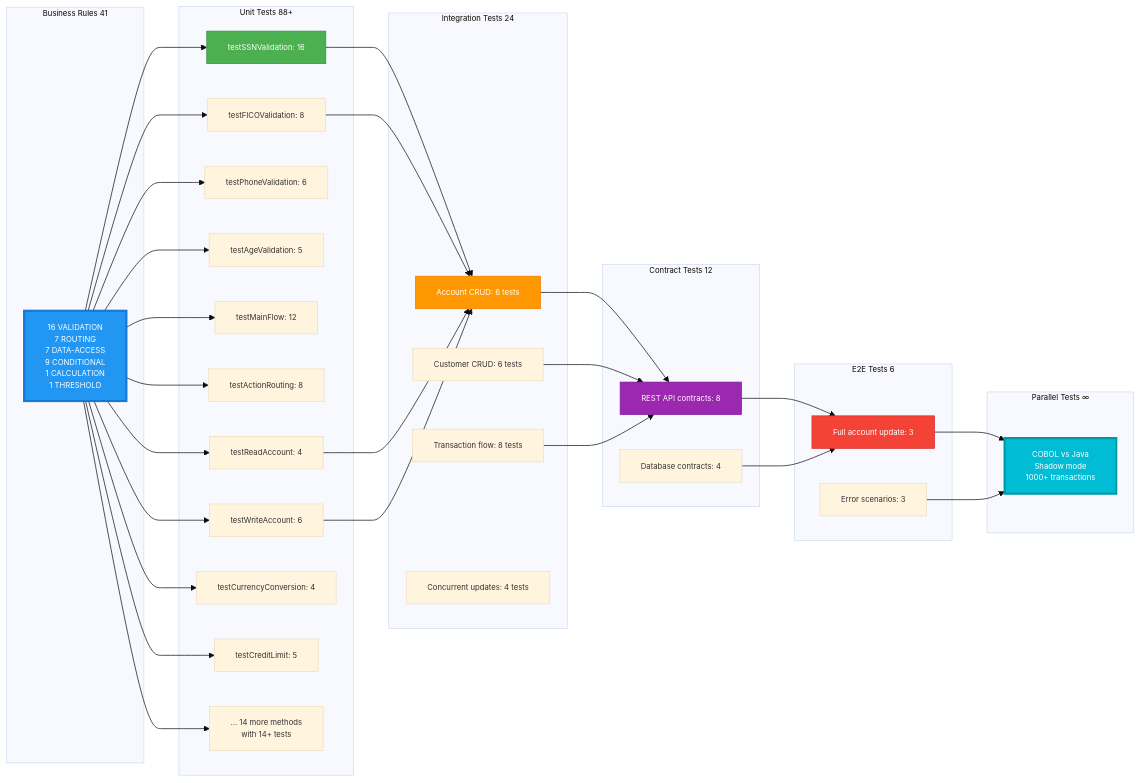
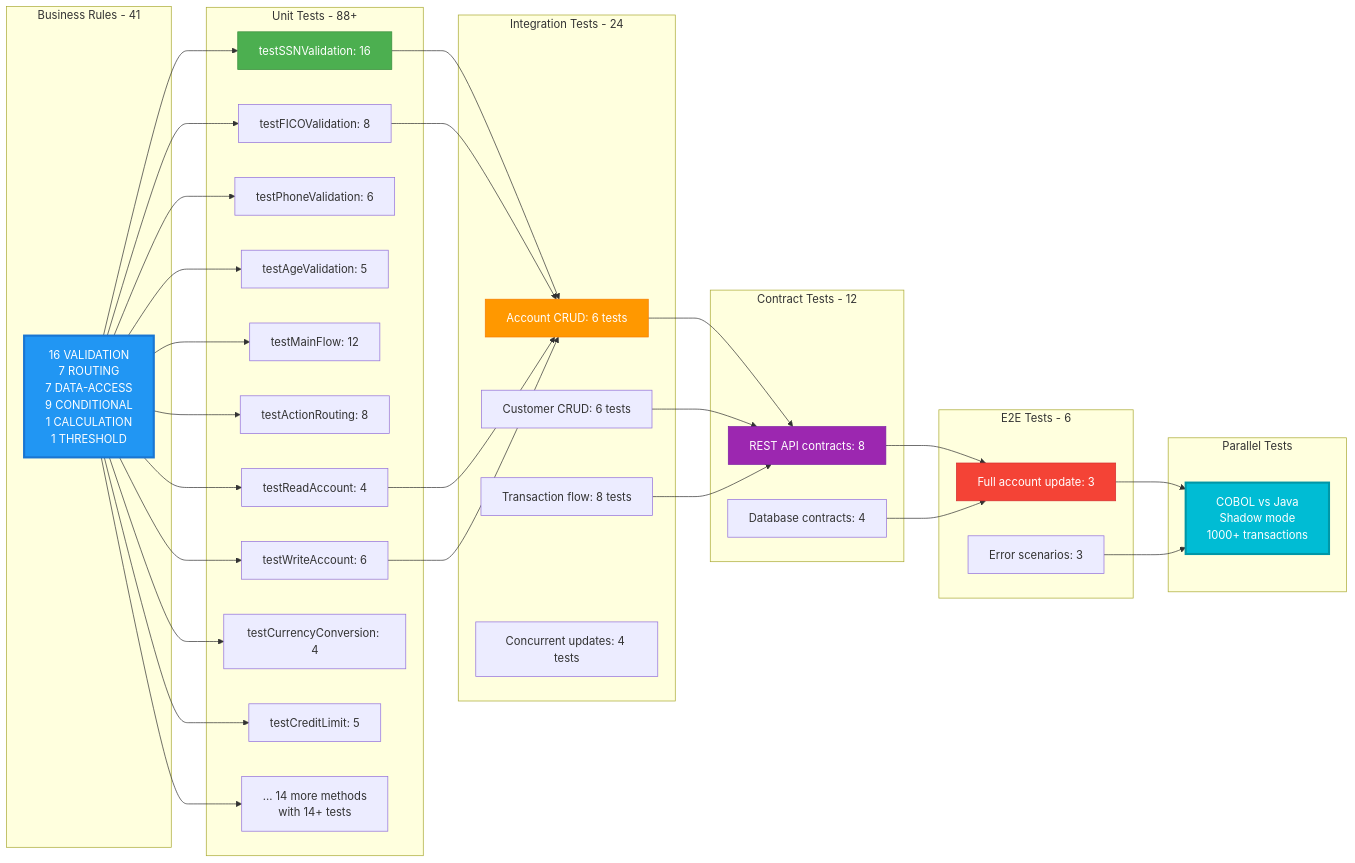
Before and after one commit to vin082/LegacyCobolInsightsusingCustomAgents: the sixth of 7 diagrams in docs/diagrams/BUSINESS-RULE-TRACEABILITY-DIAGRAM.md, drawn with Mermaid. The commit also changed other lines of this file, not shown here.

Commit message:
Fix Mermaid syntax errors in traceability diagrams - properly quote all labels and subgraphs for GitHub rendering

````diff
--- a/docs/diagrams/BUSINESS-RULE-TRACEABILITY-DIAGRAM.md
+++ b/docs/diagrams/BUSINESS-RULE-TRACEABILITY-DIAGRAM.md
@@ -423,76 +408,75 @@
 ```mermaid
-%%{init: {'theme':'base', 'themeVariables': { 'fontSize':'11px'}}}%%
 graph LR
-    subgraph "Business Rules 41"
+    subgraph BUS_RULES["Business Rules - 41"]
         BR[16 VALIDATION<br/>7 ROUTING<br/>7 DATA-ACCESS<br/>9 CONDITIONAL<br/>1 CALCULATION<br/>1 THRESHOLD]
     end
     
-    subgraph "Unit Tests 88+"
-        UT1[testSSNValidation: 16]
-        UT2[testFICOValidation: 8]
-        UT3[testPhoneValidation: 6]
-        UT4[testAgeValidation: 5]
-        UT5[testMainFlow: 12]
-        UT6[testActionRouting: 8]
-        UT7[testReadAccount: 4]
-        UT8[testWriteAccount: 6]
-        UT9[testCurrencyConversion: 4]
-        UT10[testCreditLimit: 5]
-        UT11[... 14 more methods<br/>with 14+ tests]
+    subgraph UNIT_TESTS["Unit Tests - 88+"]
+        UT1["testSSNValidation: 16"]
+        UT2["testFICOValidation: 8"]
+        UT3["testPhoneValidation: 6"]
+        UT4["testAgeValidation: 5"]
+        UT5["testMainFlow: 12"]
+        UT6["testActionRouting: 8"]
+        UT7["testReadAccount: 4"]
+        UT8["testWriteAccount: 6"]
+        UT9["testCurrencyConversion: 4"]
+        UT10["testCreditLimit: 5"]
+        UT11["... 14 more methods<br/>with 14+ tests"]
     end
     
-    subgraph "Integration Tests 24"
-        IT1[Account CRUD: 6 tests]
-        IT2[Customer CRUD: 6 tests]
-        IT3[Transaction flow: 8 tests]
-        IT4[Concurrent updates: 4 tests]
+    subgraph INTEGRATION["Integration Tests - 24"]
+        IT1["Account CRUD: 6 tests"]
+        IT2["Customer CRUD: 6 tests"]
+        IT3["Transaction flow: 8 tests"]
+        IT4["Concurrent updates: 4 tests"]
     end
     
-    subgraph "Contract Tests 12"
-        CT1[REST API contracts: 8]
-        CT2[Database contracts: 4]
+    subgraph CONTRACT["Contract Tests - 12"]
+        CT1["REST API contracts: 8"]
+        CT2["Database contracts: 4"]
     end
     
-    subgraph "E2E Tests 6"
-        E2E1[Full account update: 3]
-        E2E2[Error scenarios: 3]
+    subgraph E2E["E2E Tests - 6"]
+        E2E1["Full account update: 3"]
+        E2E2["Error scenarios: 3"]
     end
     
-    subgraph "Parallel Tests ∞"
-        PT1[COBOL vs Java<br/>Shadow mode<br/>1000+ transactions]
+    subgraph PARALLEL["Parallel Tests"]
+        PT1["COBOL vs Java<br/>Shadow mode<br/>1000+ transactions"]
     end
     
     BR --> UT1
     BR --> UT2
     BR --> UT3
     BR --> UT4
     BR --> UT5
     BR --> UT6
     BR --> UT7
     BR --> UT8
     BR --> UT9
     BR --> UT10
     BR --> UT11
     
     UT1 --> IT1
     UT2 --> IT1
     UT7 --> IT1
     UT8 --> IT1
     
     IT1 --> CT1
     IT2 --> CT1
     IT3 --> CT1
     
     CT1 --> E2E1
     CT2 --> E2E1
     
     E2E1 --> PT1
     E2E2 --> PT1
     
     style BR fill:#2196F3,stroke:#1976D2,color:#fff,stroke-width:3px
     style UT1 fill:#4CAF50,stroke:#388E3C,color:#fff
     style IT1 fill:#FF9800,stroke:#F57C00,color:#fff
     style CT1 fill:#9C27B0,stroke:#7B1FA2,color:#fff
     style E2E1 fill:#F44336,stroke:#D32F2F,color:#fff
     style PT1 fill:#00BCD4,stroke:#0097A7,color:#fff,stroke-width:3px
 ```
````
